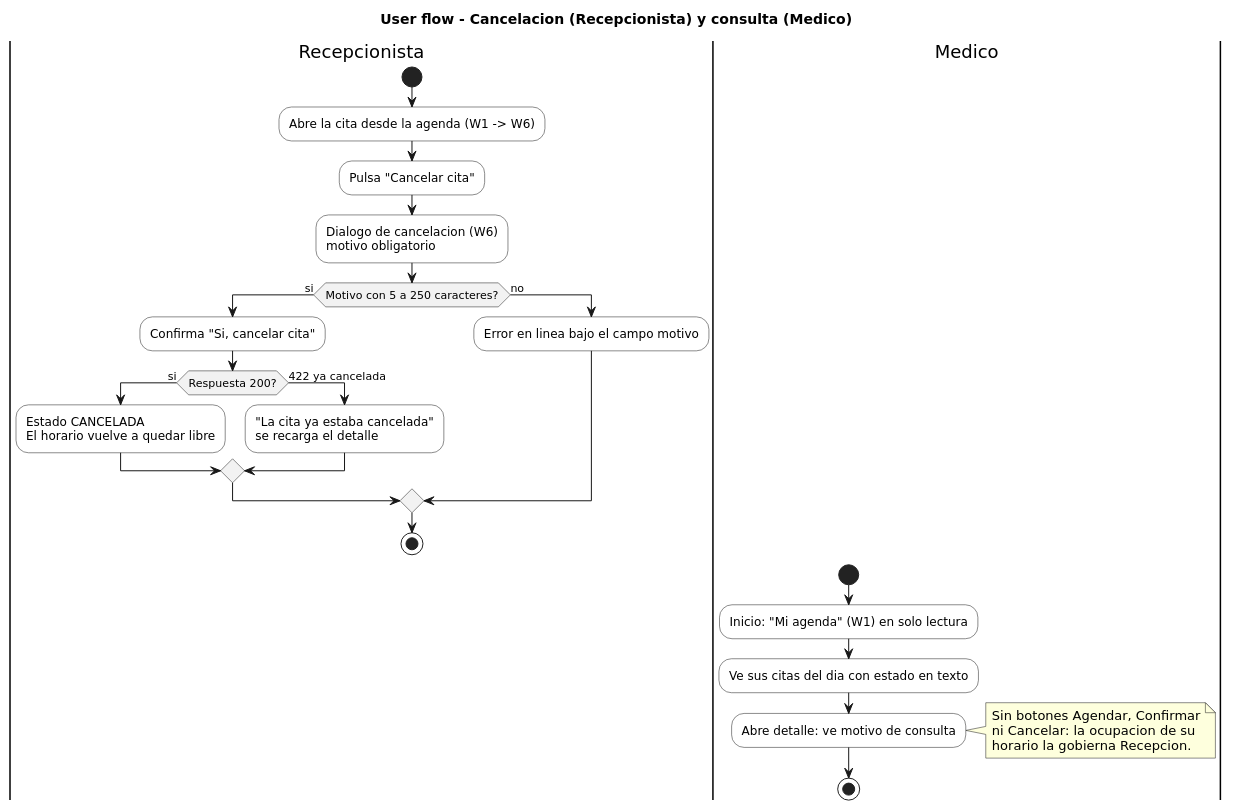
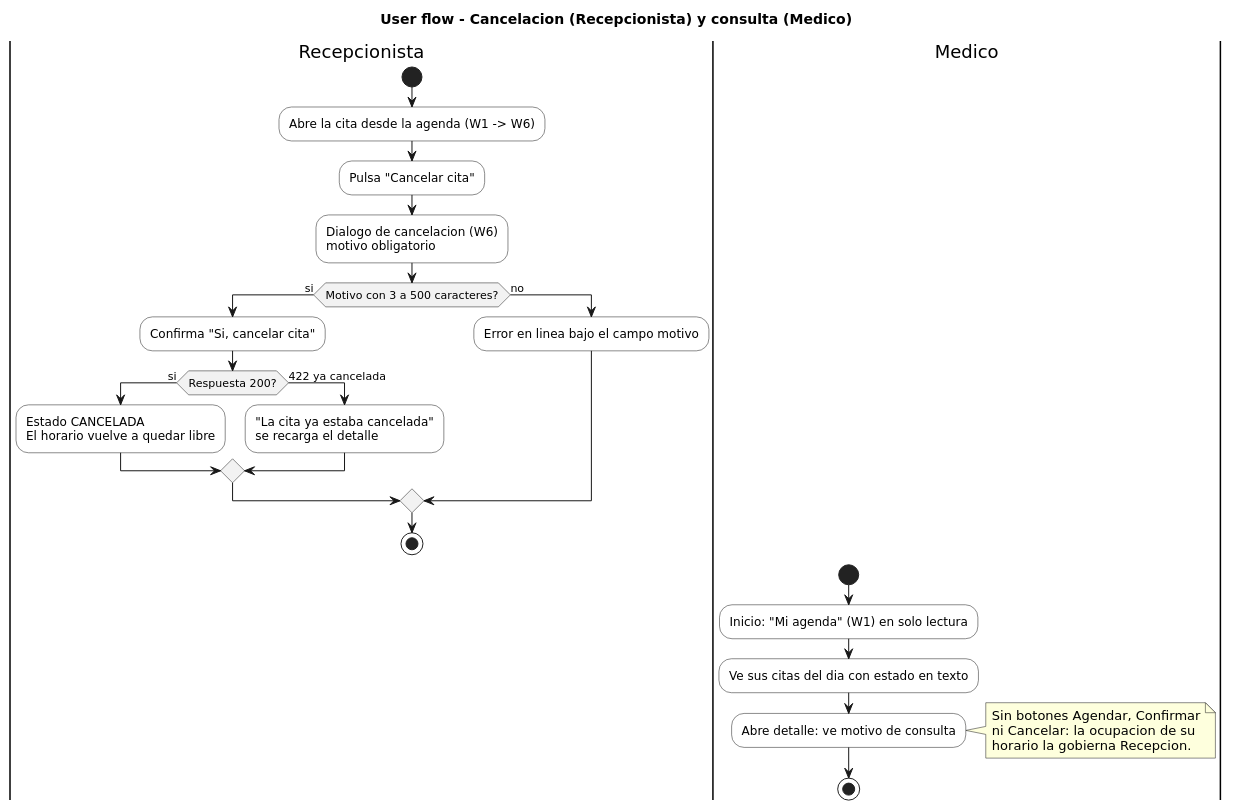
Before and after one commit to EddCastro/micro-his-citas-medicas-agenda: the diagram in docs/semana-08-ux/user-flow-cancelacion-medico.puml, drawn with PlantUML. The commit also changed 9 other files, not shown here.

```diff
--- a/docs/semana-08-ux/user-flow-cancelacion-medico.puml
+++ b/docs/semana-08-ux/user-flow-cancelacion-medico.puml
@@ -1,37 +1,37 @@
 @startuml
 title User flow - Cancelacion (Recepcionista) y consulta (Medico)
 
 skinparam shadowing false
 skinparam defaultFontName DejaVu Sans
 skinparam ActivityBackgroundColor #FFFFFF
 skinparam ActivityDiamondBackgroundColor #F2F2F2
 
 |Recepcionista|
 start
 :Abre la cita desde la agenda (W1 -> W6);
 :Pulsa "Cancelar cita";
 :Dialogo de cancelacion (W6)\nmotivo obligatorio;
-if (Motivo con 5 a 250 caracteres?) then (si)
+if (Motivo con 3 a 500 caracteres?) then (si)
   :Confirma "Si, cancelar cita";
   if (Respuesta 200?) then (si)
     :Estado CANCELADA\nEl horario vuelve a quedar libre;
   else (422 ya cancelada)
     :"La cita ya estaba cancelada"\nse recarga el detalle;
   endif
 else (no)
   :Error en linea bajo el campo motivo;
 endif
 stop
 
 |Medico|
 start
 :Inicio: "Mi agenda" (W1) en solo lectura;
 :Ve sus citas del dia con estado en texto;
 :Abre detalle: ve motivo de consulta;
 note right
 Sin botones Agendar, Confirmar
 ni Cancelar: la ocupacion de su
 horario la gobierna Recepcion.
 end note
 stop
 @enduml
```
